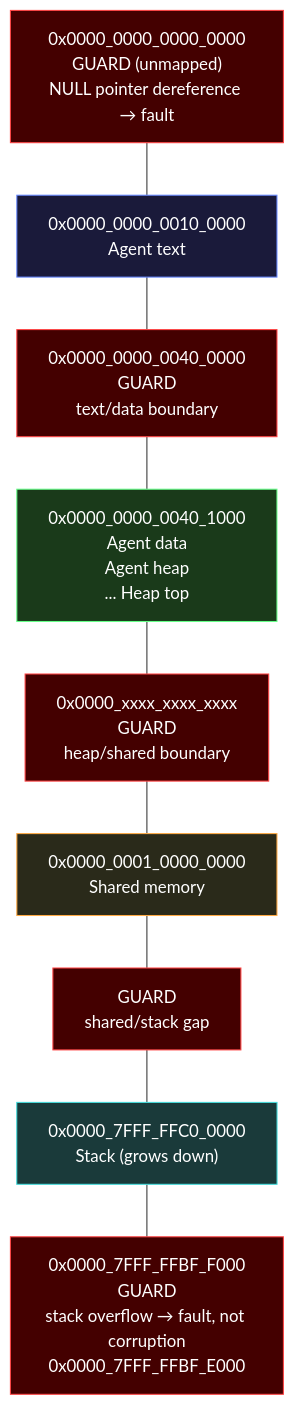
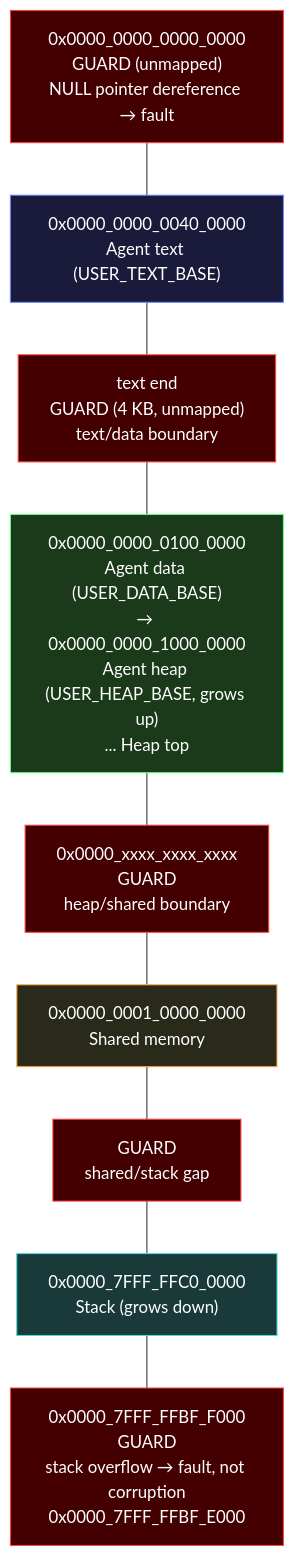
The diagram in docs/kernel/memory-hardening.md (juslee/aios), drawn with Mermaid before and after one commit. The commit also changed other lines of this file and 3 other files, not shown here.

````diff
--- a/docs/kernel/memory-hardening.md
+++ b/docs/kernel/memory-hardening.md
@@ -114,40 +114,41 @@
 ```mermaid
 flowchart TD
     G1["`0x0000_0000_0000_0000
 GUARD (unmapped)
 NULL pointer dereference → fault`"]
-    T["`0x0000_0000_0010_0000
-Agent text`"]
-    G2["`0x0000_0000_0040_0000
-GUARD
+    T["`0x0000_0000_0040_0000
+Agent text (USER_TEXT_BASE)`"]
+    G2["`text end
+GUARD (4 KB, unmapped)
 text/data boundary`"]
-    D["`0x0000_0000_0040_1000
-Agent data
-Agent heap
+    D["`0x0000_0000_0100_0000
+Agent data (USER_DATA_BASE)
+→ 0x0000_0000_1000_0000
+Agent heap (USER_HEAP_BASE, grows up)
 ... Heap top`"]
     G3["`0x0000_xxxx_xxxx_xxxx
 GUARD
 heap/shared boundary`"]
     S["`0x0000_0001_0000_0000
 Shared memory`"]
     G4["`GUARD
 shared/stack gap`"]
     STK["`0x0000_7FFF_FFC0_0000
 Stack (grows down)`"]
     G5["`0x0000_7FFF_FFBF_F000
 GUARD
 stack overflow → fault, not corruption
 0x0000_7FFF_FFBF_E000`"]
 
     G1 --- T --- G2 --- D --- G3 --- S --- G4 --- STK --- G5
 
     style G1 fill:#440000,stroke:#ff4444,color:#ffffff
     style G2 fill:#440000,stroke:#ff4444,color:#ffffff
     style G3 fill:#440000,stroke:#ff4444,color:#ffffff
     style G4 fill:#440000,stroke:#ff4444,color:#ffffff
     style G5 fill:#440000,stroke:#ff4444,color:#ffffff
     style T fill:#1a1a3a,stroke:#6688ff,color:#ffffff
     style D fill:#1a3a1a,stroke:#66ff88,color:#ffffff
     style S fill:#2a2a1a,stroke:#ffaa44,color:#ffffff
     style STK fill:#1a3a3a,stroke:#44dddd,color:#ffffff
 ```
````
